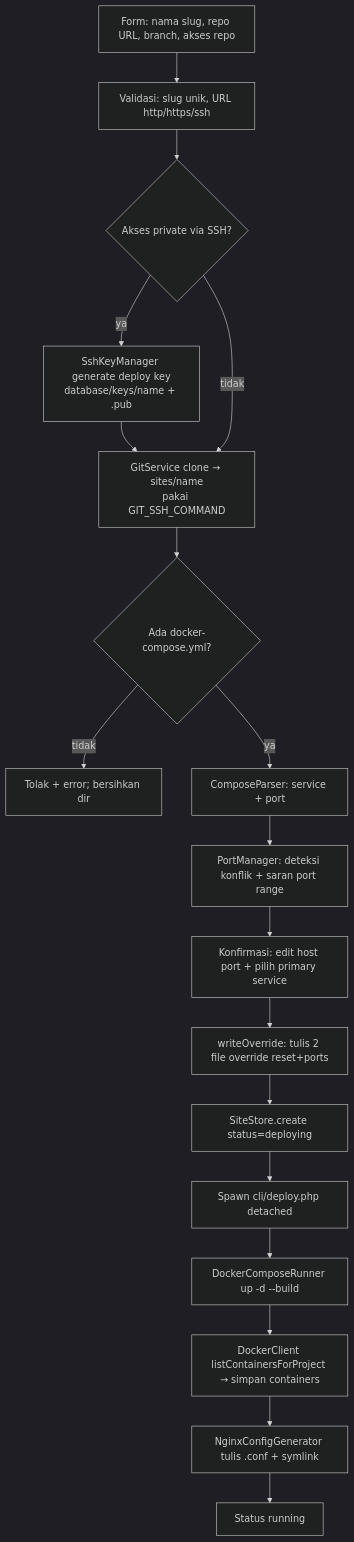
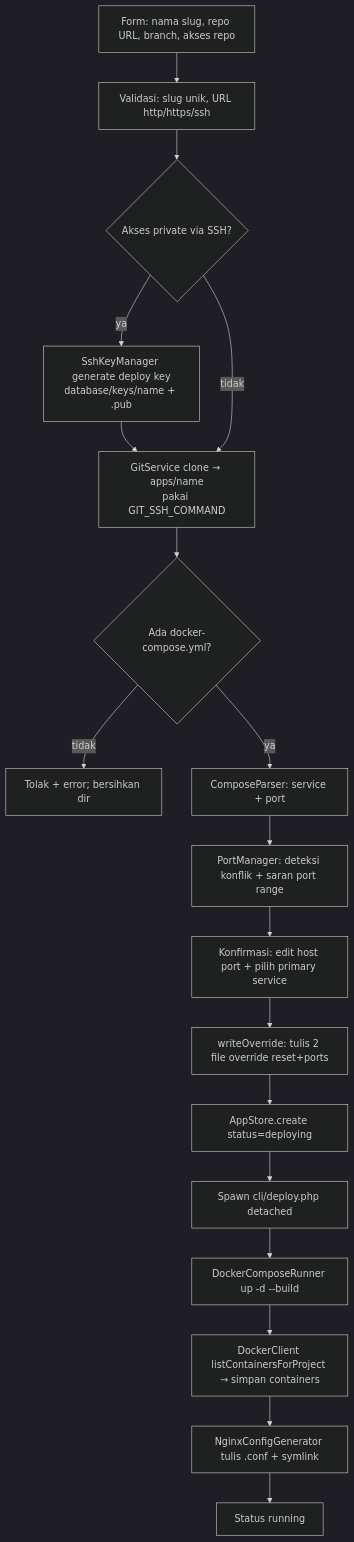
The second of 2 diagrams in ARCHITECTURE.md (yllumi/rames), drawn with Mermaid (dark theme) before and after one commit. The commit also changed other lines of this file and 56 other files, not shown here.

Commit message:
refactor: change term site/sites to app/apps

````diff
--- a/ARCHITECTURE.md
+++ b/ARCHITECTURE.md
@@ -161,20 +161,20 @@
 ```mermaid
 flowchart TD
     A[Form: nama slug, repo URL, branch, akses repo] --> B[Validasi: slug unik, URL http/https/ssh]
     B --> B1{Akses private via SSH?}
     B1 -- ya --> B2[SshKeyManager generate deploy key<br/>database/keys/name + .pub]
-    B2 --> C[GitService clone → sites/name<br/>pakai GIT_SSH_COMMAND]
+    B2 --> C[GitService clone → apps/name<br/>pakai GIT_SSH_COMMAND]
     B1 -- tidak --> C
     C --> D{Ada docker-compose.yml?}
     D -- tidak --> E[Tolak + error; bersihkan dir]
     D -- ya --> F[ComposeParser: service + port]
     F --> G[PortManager: deteksi konflik + saran port range]
     G --> H[Konfirmasi: edit host port + pilih primary service]
     H --> I[writeOverride: tulis 2 file override reset+ports]
-    I --> J[SiteStore.create status=deploying]
+    I --> J[AppStore.create status=deploying]
     J --> K[Spawn cli/deploy.php detached]
     K --> L[DockerComposeRunner up -d --build]
     L --> M[DockerClient listContainersForProject → simpan containers]
     M --> N[NginxConfigGenerator tulis .conf + symlink]
     N --> O[Status running]
 ```
````
